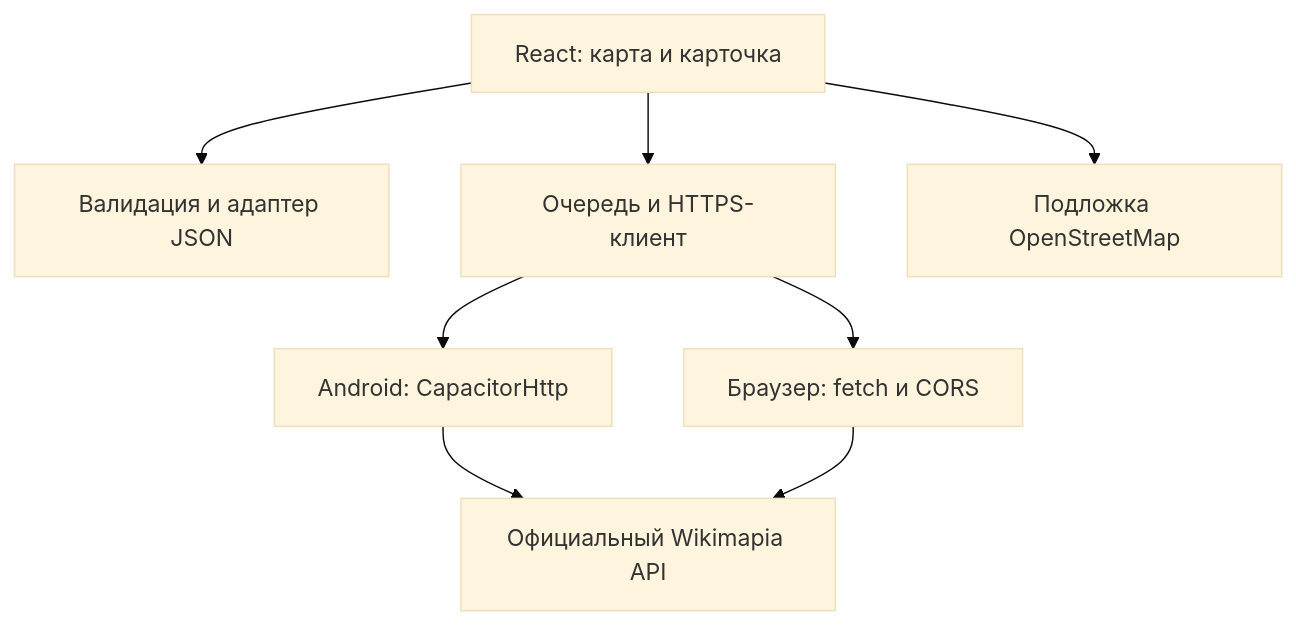
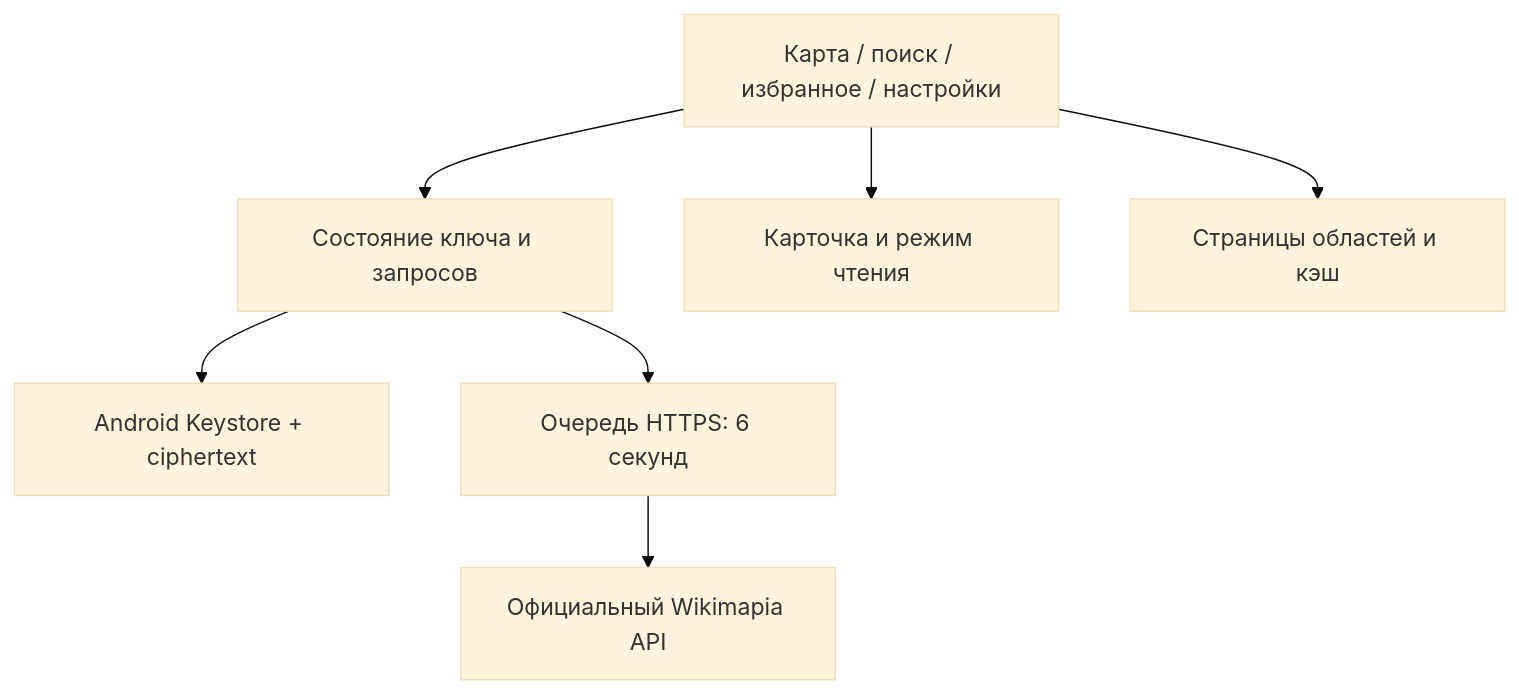
One commit to mnevrov/wikimapia-reader changed the diagram in README.md. Above: the diagram before and after it, drawn with Mermaid (base theme). The commit also changed other lines of this file and 33 other files, not shown here.

````diff
--- a/README.md
+++ b/README.md
@@ -160,10 +86,9 @@
 ```mermaid
 flowchart TD
-  UI["React: карта и карточка"] --> Adapter["Валидация и адаптер JSON"]
-  UI --> Client["Очередь и HTTPS-клиент"]
-  Client --> Native["Android: CapacitorHttp"]
-  Client --> Web["Браузер: fetch и CORS"]
-  Native --> API["Официальный Wikimapia API"]
-  Web --> API
-  UI --> Tiles["Подложка OpenStreetMap"]
+  UI["Карта / поиск / избранное / настройки"] --> Session["Состояние ключа и запросов"]
+  Session --> Vault["Android Keystore + ciphertext"]
+  Session --> Client["Очередь HTTPS: 6 секунд"]
+  Client --> API["Официальный Wikimapia API"]
+  UI --> Card["Карточка и режим чтения"]
+  UI --> Areas["Страницы областей и кэш"]
 ```
````
